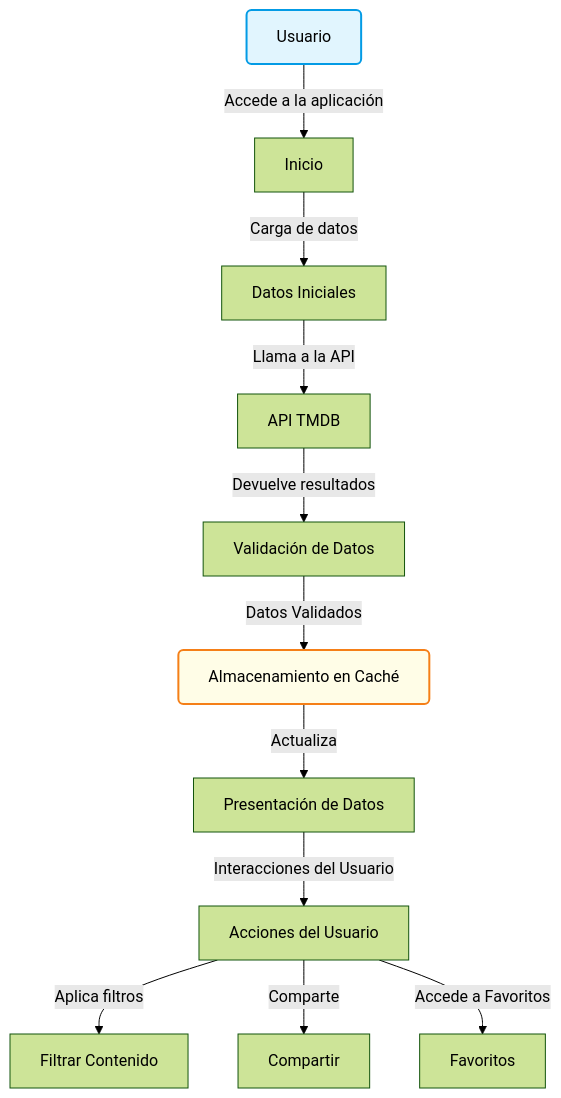
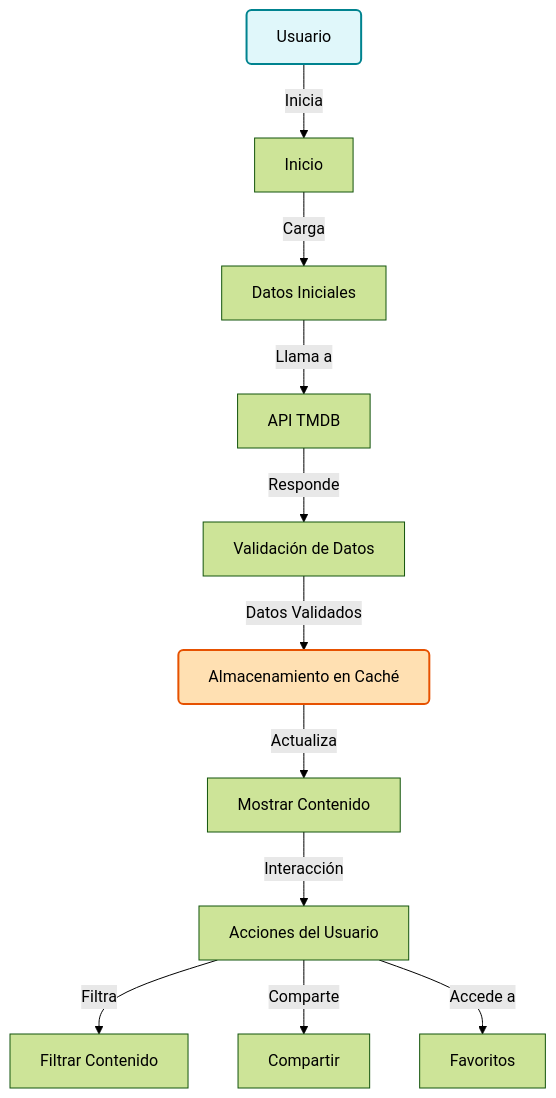
The first of 2 diagrams in README.md (gabrielarinconn/PopCornCinemateca), drawn with Mermaid (forest theme) before and after one commit. The commit also changed other lines of this file, not shown here.

````diff
--- a/README.md
+++ b/README.md
@@ -13,16 +27,16 @@
 ```mermaid
-flowchart TD
-    User[Usuario]:::user -->|Accede a la aplicación| Start[Inicio]
-    Start -->|Carga de datos| Load[Datos Iniciales]
-    Load -->|Llama a la API| API[API TMDB]
-    API -->|Devuelve resultados| Validate[Validación de Datos]
+graph TD
+    User[Usuario]:::user -->|Inicia| Start[Inicio]
+    Start -->|Carga| Load[Datos Iniciales]
+    Load -->|Llama a| API[API TMDB]
+    API -->|Responde| Validate[Validación de Datos]
     Validate -->|Datos Validados| Cache[Almacenamiento en Caché]:::cache
-    Cache -->|Actualiza| Display[Presentación de Datos]
-    Display -->|Interacciones del Usuario| UserActions[Acciones del Usuario]
-    UserActions -->|Aplica filtros| Filter[Filtrar Contenido]
+    Cache -->|Actualiza| Display[Mostrar Contenido]
+    Display -->|Interacción| UserActions[Acciones del Usuario]
+    UserActions -->|Filtra| Filter[Filtrar Contenido]
     UserActions -->|Comparte| Share[Compartir]
-    UserActions -->|Accede a Favoritos| Favorites[Favoritos]
+    UserActions -->|Accede a| Favorites[Favoritos]
 
-    classDef user fill:#e1f5fe,stroke:#039be5,stroke-width:2px,rx:5px,ry:5px;
-    classDef cache fill:#fffde7,stroke:#f57f17,stroke-width:2px,rx:5px,ry:5px;
+    classDef user fill:#e0f7fa,stroke:#00838f,stroke-width:2px,rx:5px,ry:5px;
+    classDef cache fill:#ffe0b2,stroke:#e65100,stroke-width:2px,rx:5px,ry:5px;
 ```
````
